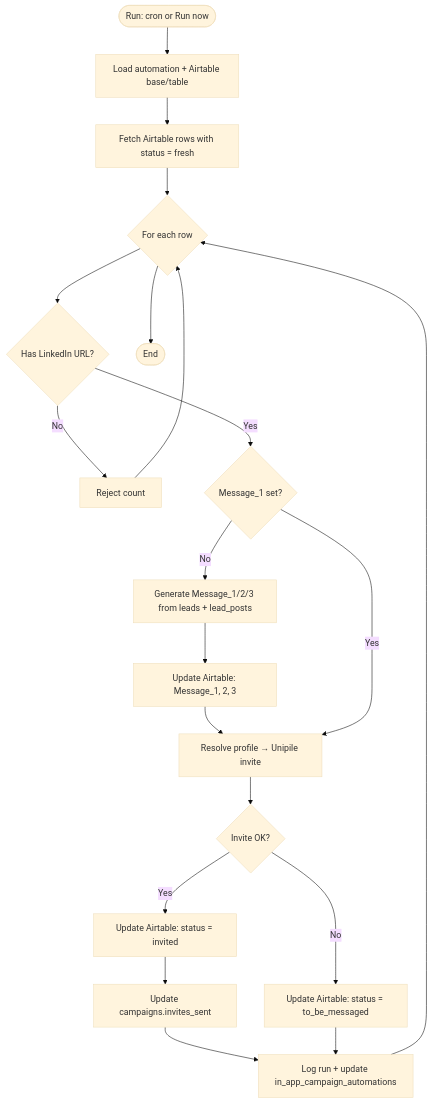
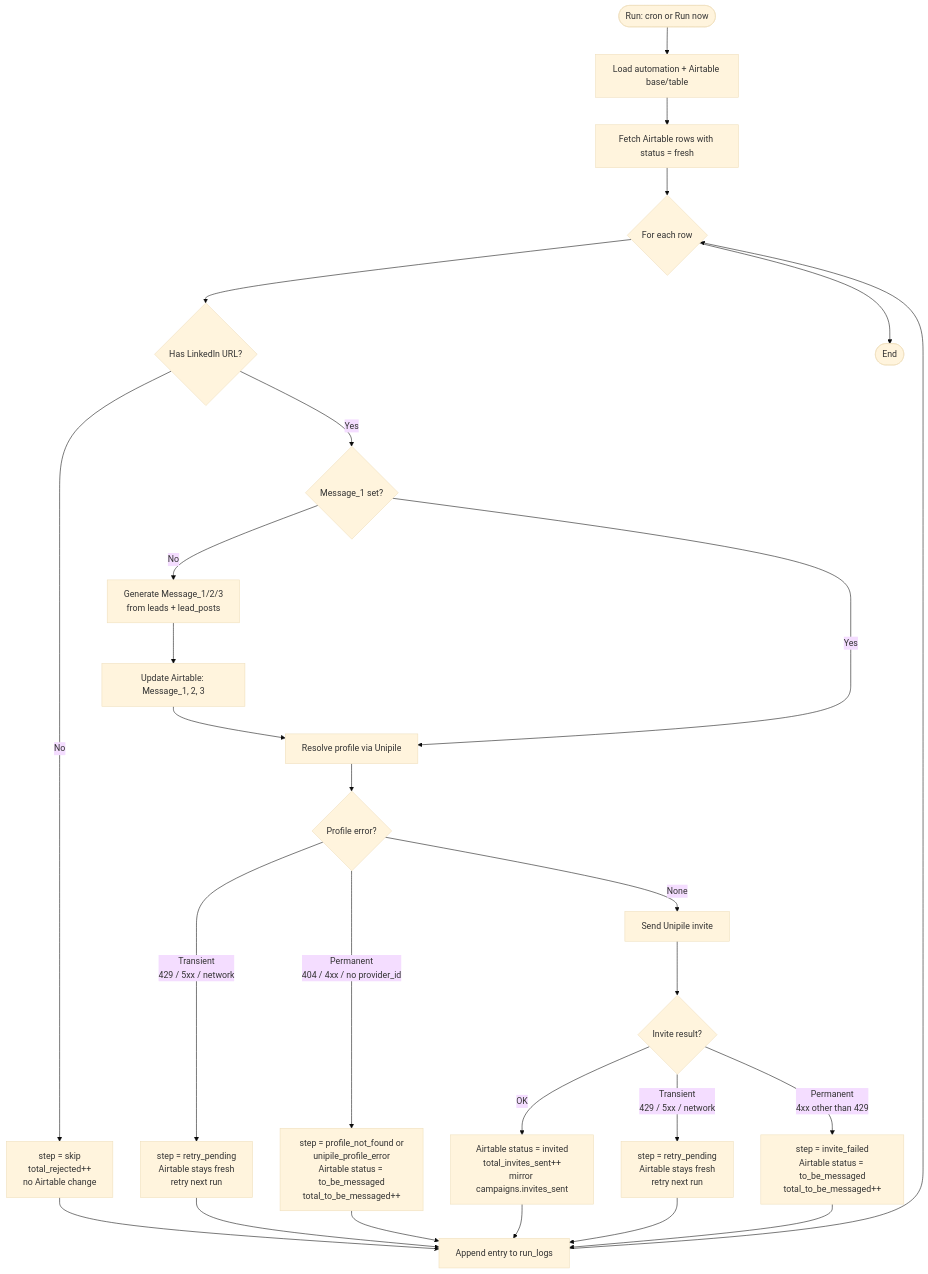
The fourth of 15 diagrams in client-docs/flows.md (Metagora123/excelr8), drawn with Mermaid (base theme) before and after one commit. The commit also changed other lines of this file and 33 other files, not shown here.

Commit message:
n8n -> in app migration , preview leads, hitlist automations , missing column enrichment done

````diff
--- a/client-docs/flows.md
+++ b/client-docs/flows.md
@@ -70,22 +85,29 @@
 ```mermaid
 flowchart TD
   Start([Run: cron or Run now]) --> Load[Load automation + Airtable base/table]
   Load --> Fetch[Fetch Airtable rows with status = fresh]
   Fetch --> Loop{For each row}
   Loop --> HasURL{Has LinkedIn URL?}
-  HasURL -->|No| Reject[Reject count]
+  HasURL -->|No| Skip[step = skip<br/>total_rejected++<br/>no Airtable change]
   HasURL -->|Yes| Messages{Message_1 set?}
-  Messages -->|No| Gen[Generate Message_1/2/3 from leads + lead_posts]
+  Messages -->|No| Gen[Generate Message_1/2/3<br/>from leads + lead_posts]
   Gen --> UpdateMsg[Update Airtable: Message_1, 2, 3]
-  UpdateMsg --> Invite
-  Messages -->|Yes| Invite[Resolve profile → Unipile invite]
-  Invite --> Result{Invite OK?}
-  Result -->|Yes| UpdateInvited[Update Airtable: status = invited]
-  UpdateInvited --> UpdateCampaign[Update campaigns.invites_sent]
-  UpdateCampaign --> Log[Log run + update in_app_campaign_automations]
-  Result -->|No| ToBeMsg[Update Airtable: status = to_be_messaged]
-  ToBeMsg --> Log
-  Reject --> Loop
+  UpdateMsg --> Profile
+  Messages -->|Yes| Profile[Resolve profile via Unipile]
+  Profile --> ProfErr{Profile error?}
+  ProfErr -->|Transient<br/>429 / 5xx / network| RetryProf[step = retry_pending<br/>Airtable stays fresh<br/>retry next run]
+  ProfErr -->|Permanent<br/>404 / 4xx / no provider_id| ProfFail[step = profile_not_found or<br/>unipile_profile_error<br/>Airtable status = to_be_messaged<br/>total_to_be_messaged++]
+  ProfErr -->|None| Invite[Send Unipile invite]
+  Invite --> Result{Invite result?}
+  Result -->|OK| UpdateInvited[Airtable status = invited<br/>total_invites_sent++<br/>mirror campaigns.invites_sent]
+  Result -->|Transient<br/>429 / 5xx / network| RetryInvite[step = retry_pending<br/>Airtable stays fresh<br/>retry next run]
+  Result -->|Permanent<br/>4xx other than 429| InviteFail[step = invite_failed<br/>Airtable status = to_be_messaged<br/>total_to_be_messaged++]
+  UpdateInvited --> Log[Append entry to run_logs]
+  ProfFail --> Log
+  InviteFail --> Log
+  RetryProf --> Log
+  RetryInvite --> Log
+  Skip --> Log
   Log --> Loop
   Loop --> End([End])
 ```
````
